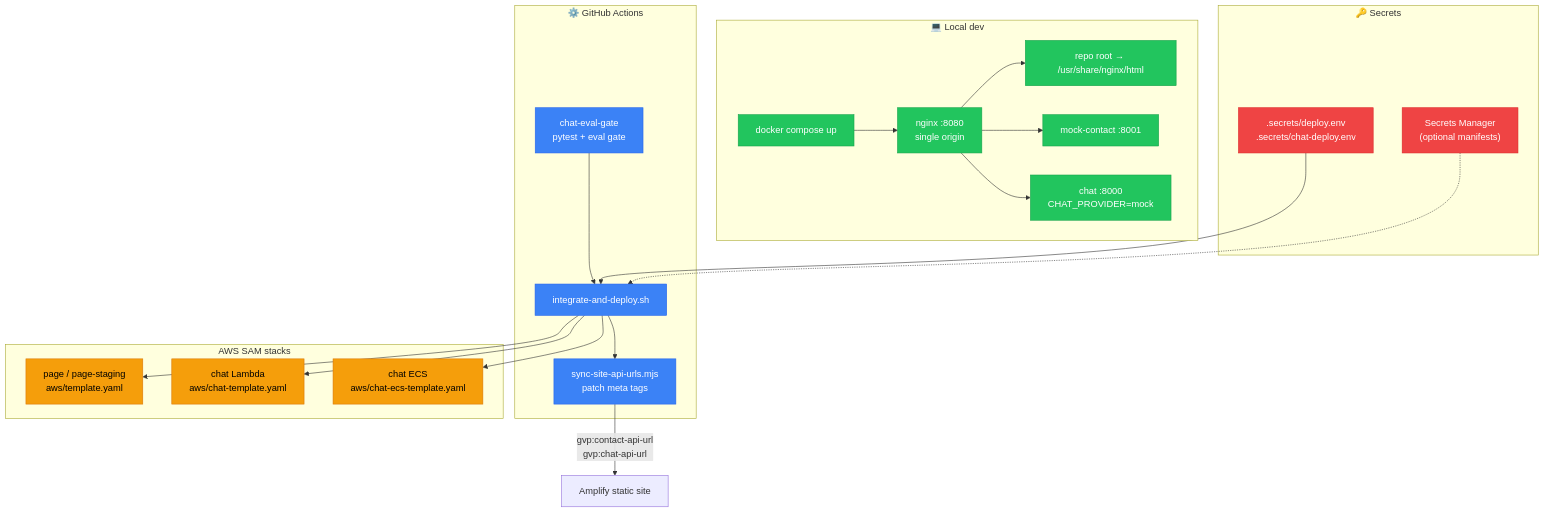
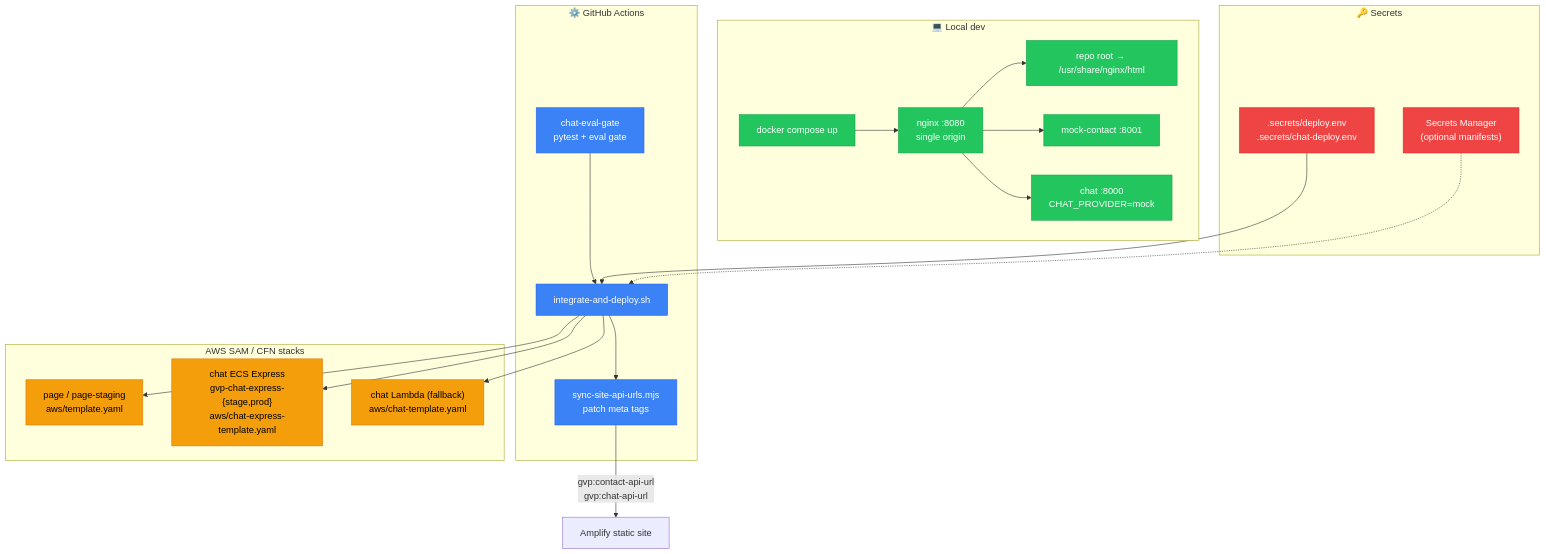
One commit to geda0/gvp changed the sixth of 7 diagrams in docs/architecture.md. Above: the diagram before and after it, drawn with Mermaid. The commit also changed other lines of this file and 3 other files, not shown here.

First line of the commit message:
chore(chat): retire dead ECS+ALB/relay machinery from deploy script + reconcile voice docs

````diff
--- a/docs/architecture.md
+++ b/docs/architecture.md
@@ -481,47 +481,47 @@
 ```mermaid
 flowchart TB
     subgraph Dev["💻 Local dev"]
         DC["docker compose up"]
         NGX["nginx :8080<br/>single origin"]
         MOCK["mock-contact :8001"]
         CHATD["chat :8000<br/>CHAT_PROVIDER=mock"]
         STATIC["repo root → /usr/share/nginx/html"]
     end
 
     subgraph CI["⚙️ GitHub Actions"]
         EVAL["chat-eval-gate<br/>pytest + eval gate"]
         DEPLOY["integrate-and-deploy.sh"]
         SYNC["sync-site-api-urls.mjs<br/>patch meta tags"]
     end
 
-    subgraph Stacks["AWS SAM stacks"]
+    subgraph Stacks["AWS SAM / CFN stacks"]
         S1["page / page-staging<br/>aws/template.yaml"]
-        S2["chat Lambda<br/>aws/chat-template.yaml"]
-        S3["chat ECS<br/>aws/chat-ecs-template.yaml"]
+        S3["chat ECS Express<br/>gvp-chat-express-{stage,prod}<br/>aws/chat-express-template.yaml"]
+        S2["chat Lambda (fallback)<br/>aws/chat-template.yaml"]
     end
 
     subgraph Secrets["🔑 Secrets"]
         SM["Secrets Manager<br/>(optional manifests)"]
         ENV[".secrets/deploy.env<br/>.secrets/chat-deploy.env"]
     end
 
     DC --> NGX
     NGX --> STATIC & MOCK & CHATD
 
     EVAL --> DEPLOY
     ENV --> DEPLOY
     SM -.-> DEPLOY
     DEPLOY --> S1 & S2 & S3
     DEPLOY --> SYNC
     SYNC -->|"gvp:contact-api-url<br/>gvp:chat-api-url"| AMP["Amplify static site"]
 
     classDef dev fill:#22C55E,stroke:#16A34A,color:#fff
     classDef ci fill:#3B82F6,stroke:#2563EB,color:#fff
     classDef stack fill:#F59E0B,stroke:#D97706,color:#000
     classDef secret fill:#EF4444,stroke:#DC2626,color:#fff
 
     class DC,NGX,MOCK,CHATD,STATIC dev
     class EVAL,DEPLOY,SYNC ci
     class S1,S2,S3 stack
     class SM,ENV secret
 ```
````
